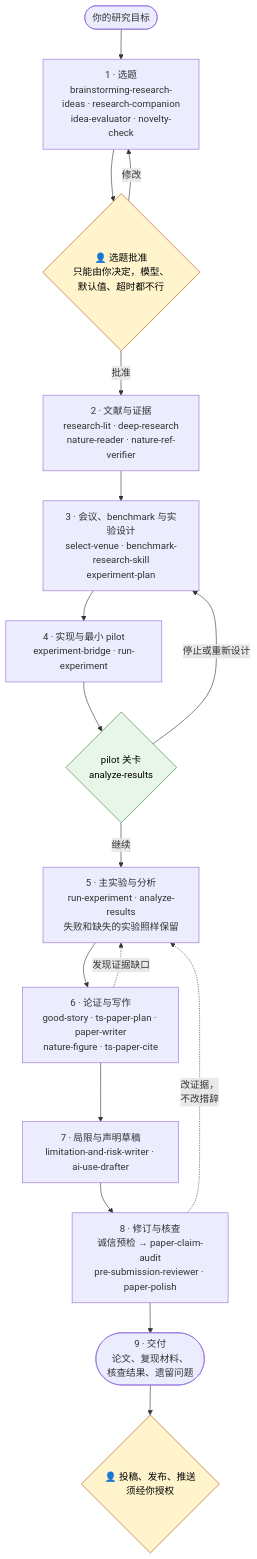
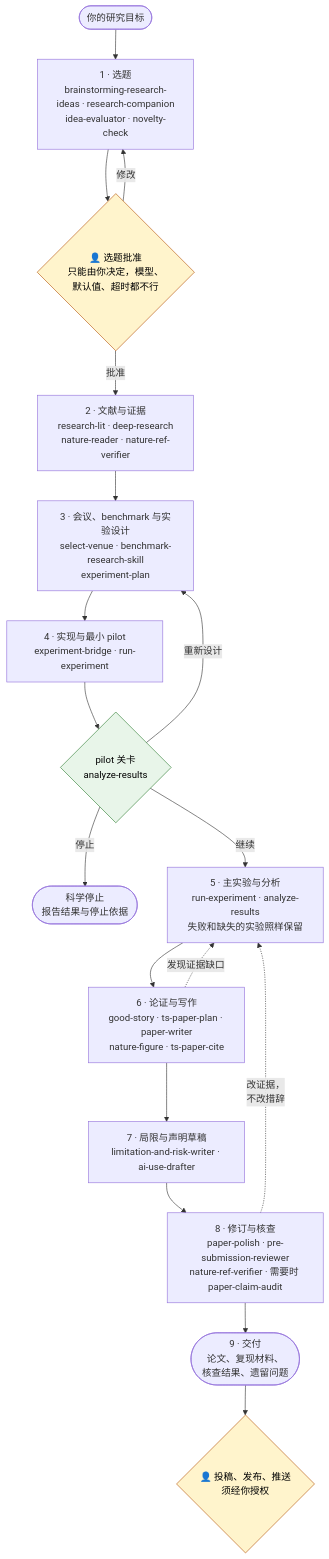
The diagram in README_CN.md (AfonsoZhang/auto-research-system), drawn with Mermaid before and after one commit. The commit also changed 1 other file, not shown here.

Commit message:
README workflow: split pilot stop from redesign; align stage 8 with full-flow

````diff
--- a/README_CN.md
+++ b/README_CN.md
@@ -66,24 +66,25 @@
 ```mermaid
 flowchart TD
     U(["你的研究目标"]) --> T["1 · 选题<br/>brainstorming-research-ideas · research-companion<br/>idea-evaluator · novelty-check"]
     T --> H{"👤 选题批准<br/>只能由你决定，模型、<br/>默认值、超时都不行"}
     H -- 修改 --> T
     H -- 批准 --> L["2 · 文献与证据<br/>research-lit · deep-research<br/>nature-reader · nature-ref-verifier"]
     L --> D["3 · 会议、benchmark 与实验设计<br/>select-venue · benchmark-research-skill<br/>experiment-plan"]
     D --> P["4 · 实现与最小 pilot<br/>experiment-bridge · run-experiment"]
     P --> G{"pilot 关卡<br/>analyze-results"}
-    G -- "停止或重新设计" --> D
+    G -- 重新设计 --> D
+    G -- 停止 --> S(["科学停止<br/>报告结果与停止依据"])
     G -- 继续 --> M["5 · 主实验与分析<br/>run-experiment · analyze-results<br/>失败和缺失的实验照样保留"]
     M --> W["6 · 论证与写作<br/>good-story · ts-paper-plan · paper-writer<br/>nature-figure · ts-paper-cite"]
     W -. "发现证据缺口" .-> M
     W --> X["7 · 局限与声明草稿<br/>limitation-and-risk-writer · ai-use-drafter"]
-    X --> V["8 · 修订与核查<br/>诚信预检 → paper-claim-audit<br/>pre-submission-reviewer · paper-polish"]
+    X --> V["8 · 修订与核查<br/>paper-polish · pre-submission-reviewer<br/>nature-ref-verifier · 需要时 paper-claim-audit"]
     V -. "改证据，<br/>不改措辞" .-> M
     V --> F(["9 · 交付<br/>论文、复现材料、<br/>核查结果、遗留问题"])
     F --> O{"👤 投稿、发布、推送<br/>须经你授权"}
 
     classDef human fill:#FFF4CC,stroke:#B45309,color:#000
     classDef gate fill:#E8F5E9,stroke:#2E7D32,color:#000
     class H,O human
     class G gate
 ```
````
